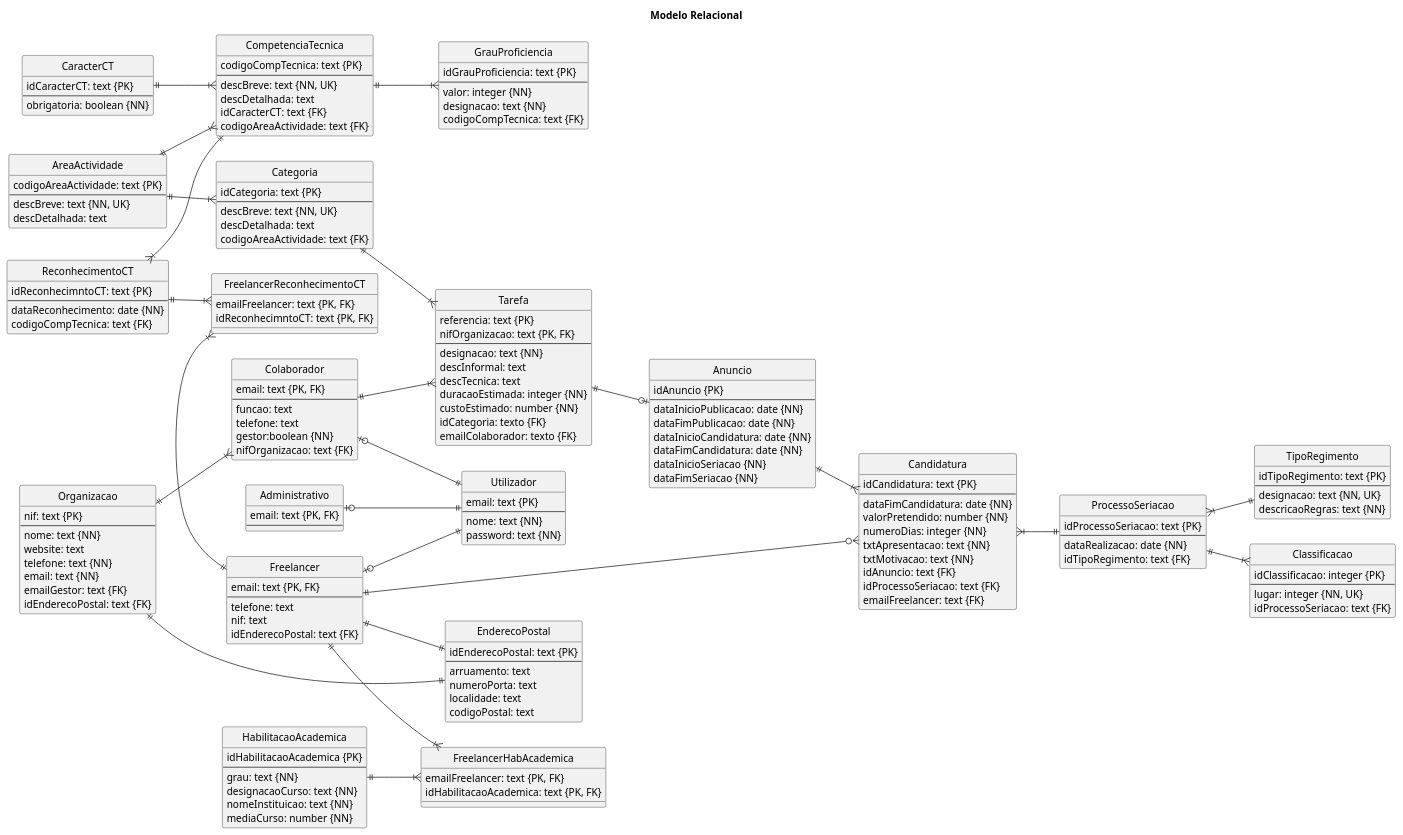
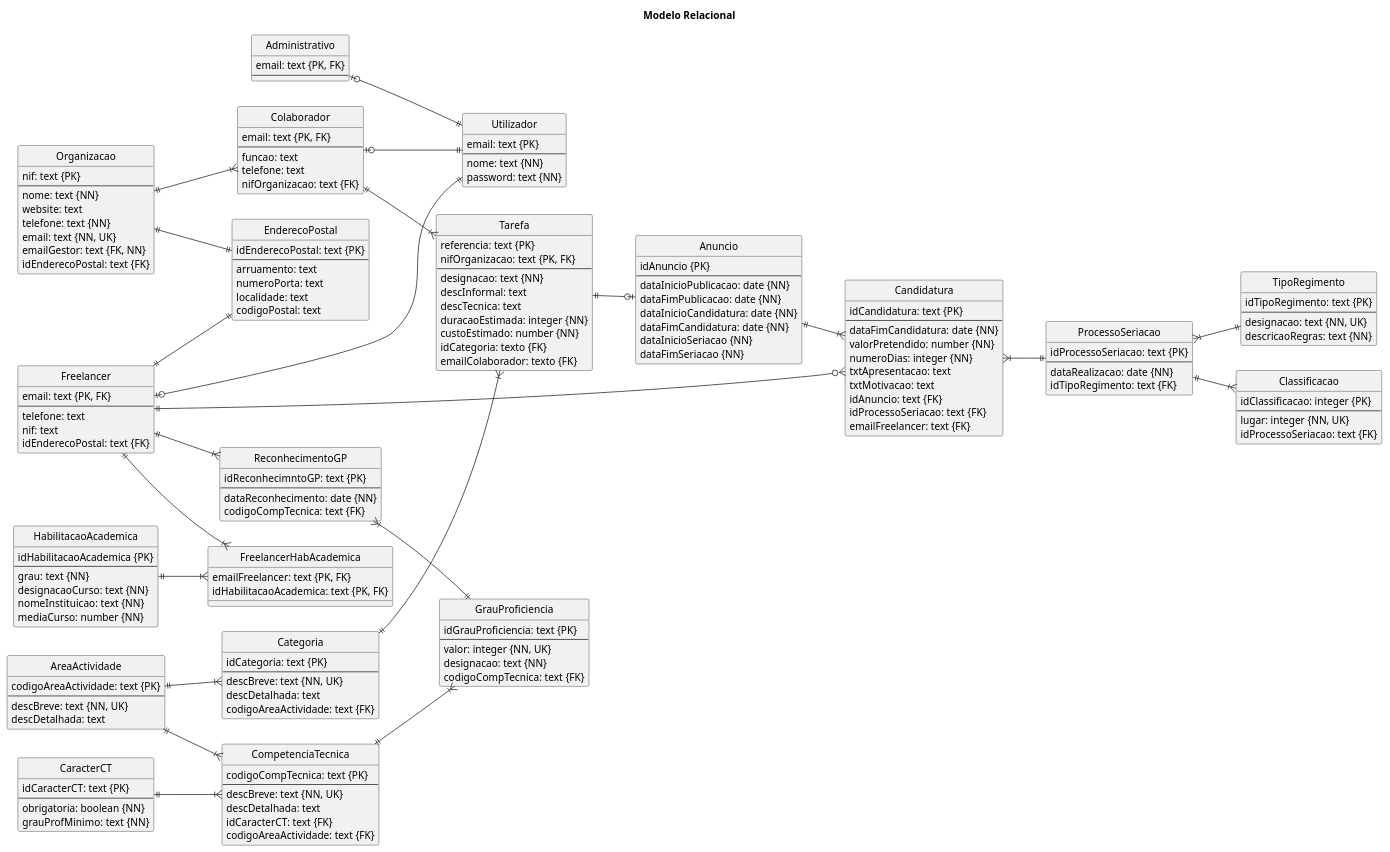
Before and after one commit to blestonbandeiraUPSKILL/upskill_java1_labprg_grupo2: the diagram in Documentação/Sprint 3/Base de Dados/Modelo_Relacional.puml, drawn with PlantUML. The commit also changed 1 other file, not shown here.

```diff
--- a/Documentação/Sprint 3/Base de Dados/Modelo_Relacional.puml
+++ b/Documentação/Sprint 3/Base de Dados/Modelo_Relacional.puml
@@ -12,8 +12,8 @@
     nome: text {NN}
     website: text
     telefone: text {NN}
-    email: text {NN}
-    emailGestor: text {FK}
+    email: text {NN, UK}
+    emailGestor: text {FK, NN}
     idEnderecoPostal: text {FK}
 }
 
@@ -22,7 +22,6 @@
     --
     funcao: text
     telefone: text
-    gestor:boolean {NN}
     nifOrganizacao: text {FK}
 }
 
@@ -65,7 +64,7 @@
 entity "GrauProficiencia" {
     idGrauProficiencia: text {PK}
     --
-    valor: integer {NN}
+    valor: integer {NN, UK}
     designacao: text {NN}
     codigoCompTecnica: text {FK}
 }
@@ -138,8 +137,8 @@
     dataFimCandidatura: date {NN}
     valorPretendido: number {NN}
     numeroDias: integer {NN}
-    txtApresentacao: text {NN}
-    txtMotivacao: text {NN}
+    txtApresentacao: text
+    txtMotivacao: text
     idAnuncio: text {FK}
     idProcessoSeriacao: text {FK}
     emailFreelancer: text {FK}
@@ -154,8 +153,8 @@
     mediaCurso: number {NN}
 }
 
-entity "ReconhecimentoCT" {
-    idReconhecimntoCT: text {PK}
+entity "ReconhecimentoGP" {
+    idReconhecimntoGP: text {PK}
     --
     dataReconhecimento: date {NN}
     codigoCompTecnica: text {FK}
@@ -166,16 +165,11 @@
     idHabilitacaoAcademica: text {PK, FK}
 }
 
-entity "FreelancerReconhecimentoCT" {
-    emailFreelancer: text {PK, FK}
-    idReconhecimntoCT: text {PK, FK}
-
-}
-
 entity "CaracterCT" {
     idCaracterCT: text {PK}
     --
     obrigatoria: boolean {NN}
+    grauProfMinimo: text {NN}
 }
 
 AreaActividade ||--|{ Categoria
@@ -197,9 +191,8 @@
 ProcessoSeriacao ||--|{ Classificacao
 Freelancer ||--|{ FreelancerHabAcademica
 HabilitacaoAcademica ||--|{ FreelancerHabAcademica
-Freelancer ||-|{ FreelancerReconhecimentoCT
-ReconhecimentoCT ||--|{ FreelancerReconhecimentoCT
-ReconhecimentoCT }|--|| CompetenciaTecnica
+ Freelancer ||--|{ ReconhecimentoGP
+ReconhecimentoGP }|--|| GrauProficiencia
 CaracterCT ||--|{ CompetenciaTecnica
 
 
```
